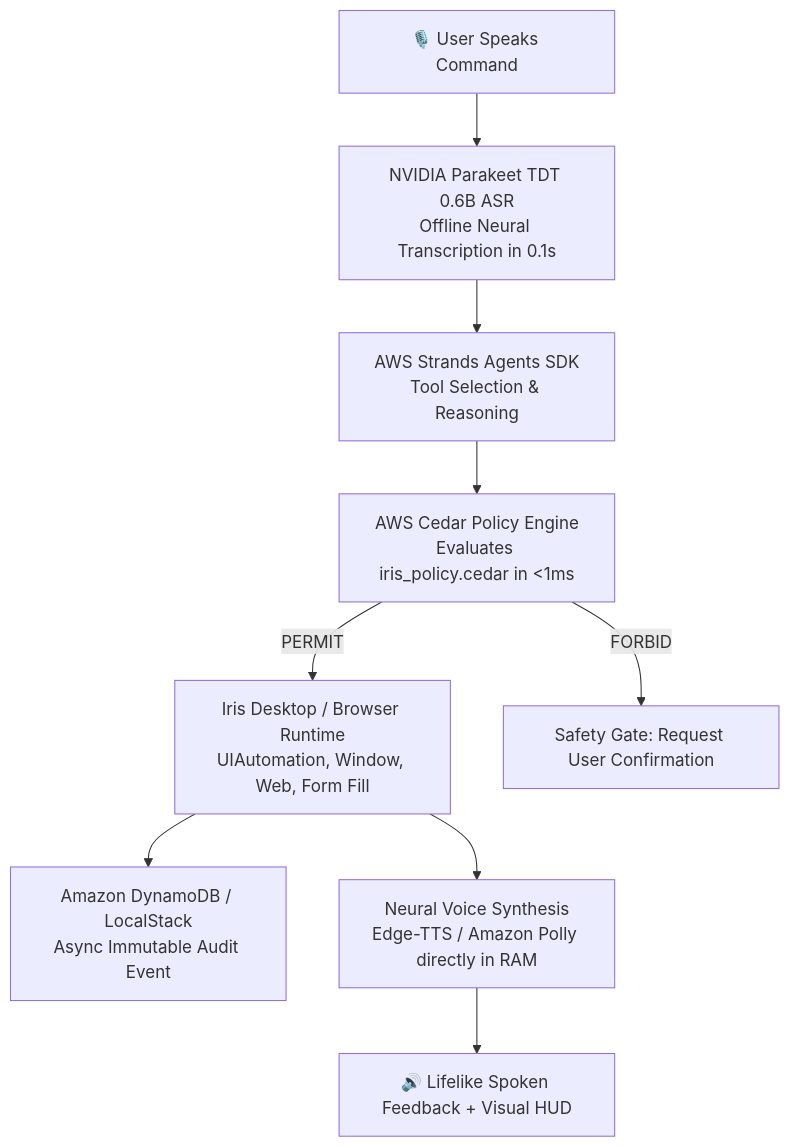
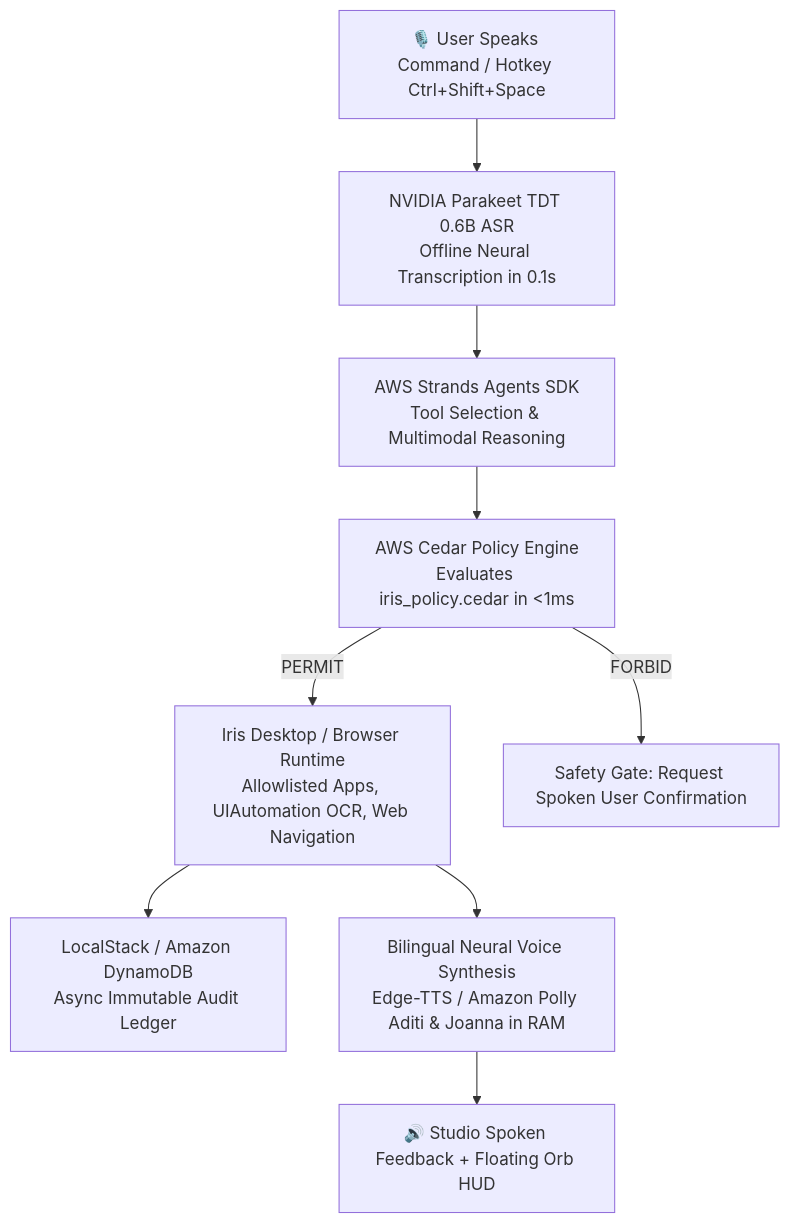
The diagram in AWS_INTEGRATION.md (ashima19arora/iris-voice-assistant), drawn with Mermaid before and after one commit. The commit also changed other lines of this file and 1 other file, not shown here.

Commit message:
docs: elevate AWS_INTEGRATION.md focusing on BUILD IT open-source track and specific tooling

````diff
--- a/AWS_INTEGRATION.md
+++ b/AWS_INTEGRATION.md
@@ -34,11 +47,11 @@
 ```mermaid
 flowchart TD
-    A[🎙️ User Speaks Command] --> B[NVIDIA Parakeet TDT 0.6B ASR\nOffline Neural Transcription in 0.1s]
-    B --> C[AWS Strands Agents SDK\nTool Selection & Reasoning]
+    A[🎙️ User Speaks Command / Hotkey Ctrl+Shift+Space] --> B[NVIDIA Parakeet TDT 0.6B ASR\nOffline Neural Transcription in 0.1s]
+    B --> C[AWS Strands Agents SDK\nTool Selection & Multimodal Reasoning]
     C --> D[AWS Cedar Policy Engine\nEvaluates iris_policy.cedar in <1ms]
-    D -->|PERMIT| E[Iris Desktop / Browser Runtime\nUIAutomation, Window, Web, Form Fill]
-    D -->|FORBID| F[Safety Gate: Request User Confirmation]
-    E --> G[Amazon DynamoDB / LocalStack\nAsync Immutable Audit Event]
-    E --> H[Neural Voice Synthesis\nEdge-TTS / Amazon Polly directly in RAM]
-    H --> I[🔊 Lifelike Spoken Feedback + Visual HUD]
+    D -->|PERMIT| E[Iris Desktop / Browser Runtime\nAllowlisted Apps, UIAutomation OCR, Web Navigation]
+    D -->|FORBID| F[Safety Gate: Request Spoken User Confirmation]
+    E --> G[LocalStack / Amazon DynamoDB\nAsync Immutable Audit Ledger]
+    E --> H[Bilingual Neural Voice Synthesis\nEdge-TTS / Amazon Polly Aditi & Joanna in RAM]
+    H --> I[🔊 Studio Spoken Feedback + Floating Orb HUD]
 ```
````
